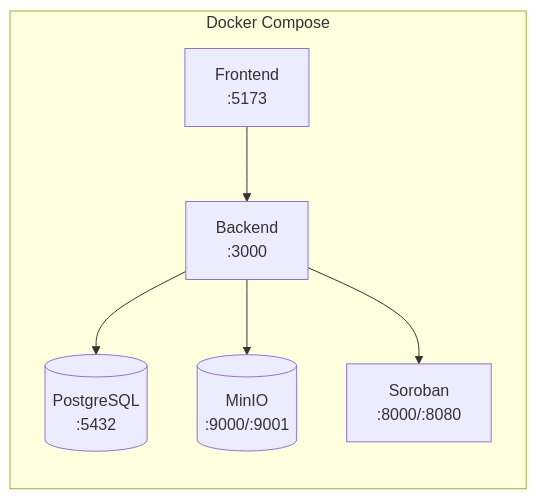
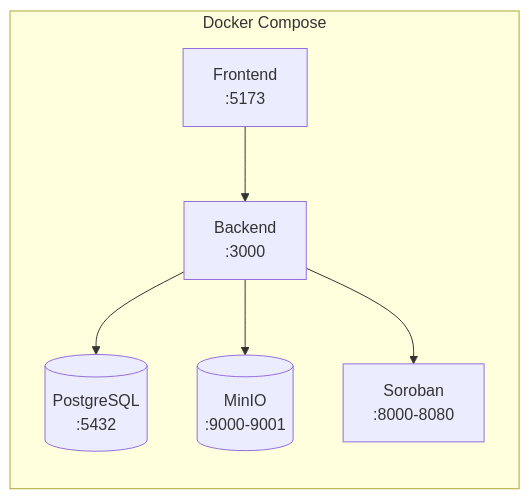
One commit to CoKeFish/Impacta-Bootcamp changed the third of 15 diagrams in ARCHITECTURE.md. Above: the diagram before and after it, drawn with Mermaid. The commit also changed other lines of this file and 3 other files, not shown here.

````diff
--- a/ARCHITECTURE.md
+++ b/ARCHITECTURE.md
@@ -77,15 +81,15 @@
 ```mermaid
 flowchart LR
     subgraph Docker["Docker Compose"]
         F[Frontend<br/>:5173]
         B[Backend<br/>:3000]
         P[(PostgreSQL<br/>:5432)]
-        M[(MinIO<br/>:9000/:9001)]
-        S[Soroban<br/>:8000/:8080]
+        M[(MinIO<br/>:9000-9001)]
+        S[Soroban<br/>:8000-8080]
     end
 
     F --> B
     B --> P
     B --> M
     B --> S
 ```
````
